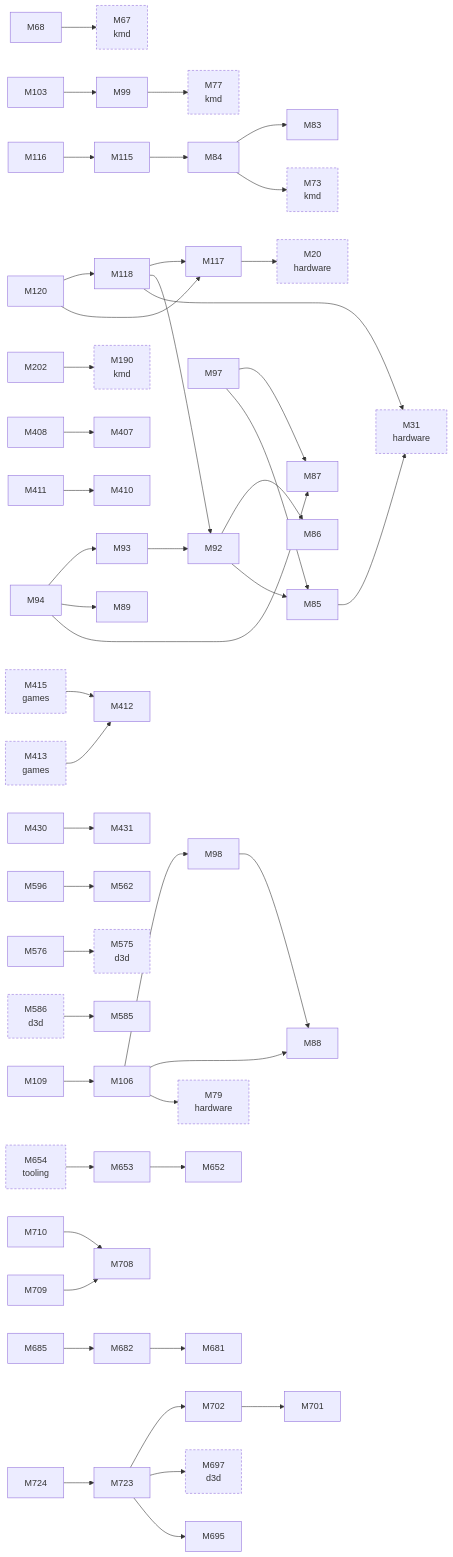
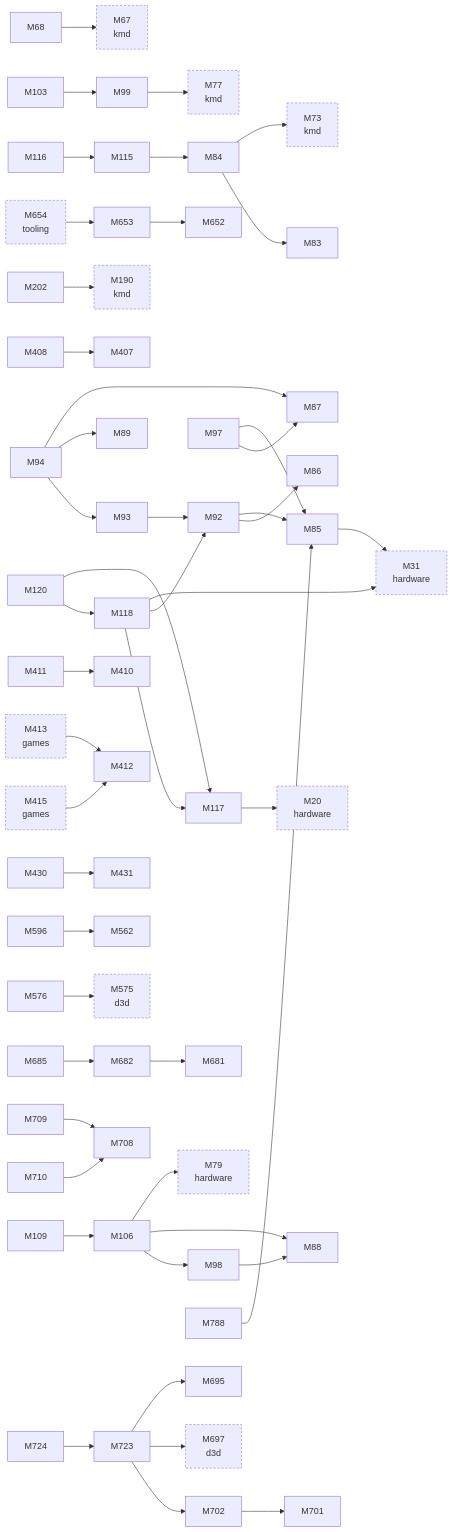
The second of 3 diagrams in docs/facts/graphs/display.md (D-Ogi/amdgpu-wddm), drawn with Mermaid before and after one commit. The commit also changed 40 other files, not shown here.

````diff
--- a/docs/facts/graphs/display.md
+++ b/docs/facts/graphs/display.md
@@ -72,8 +72,6 @@
   M562["M562"]
   M575["M575<br/>d3d"]
   M576["M576"]
-  M585["M585"]
-  M586["M586<br/>d3d"]
   M596["M596"]
   M652["M652"]
   M653["M653"]
@@ -90,6 +88,7 @@
   M710["M710"]
   M723["M723"]
   M724["M724"]
+  M788["M788"]
   M68 --> M67
   M84 --> M73
   M84 --> M83
@@ -133,10 +132,10 @@
   M723 --> M697
   M723 --> M702
   M724 --> M723
-  M586 --> M585
+  M788 --> M85
   M413 --> M412
   M415 --> M412
   M654 --> M653
   classDef other stroke-dasharray:4 3
-  class M20,M31,M67,M73,M77,M79,M190,M413,M415,M575,M586,M654,M697 other
+  class M20,M31,M67,M73,M77,M79,M190,M413,M415,M575,M654,M697 other
 ```
````
